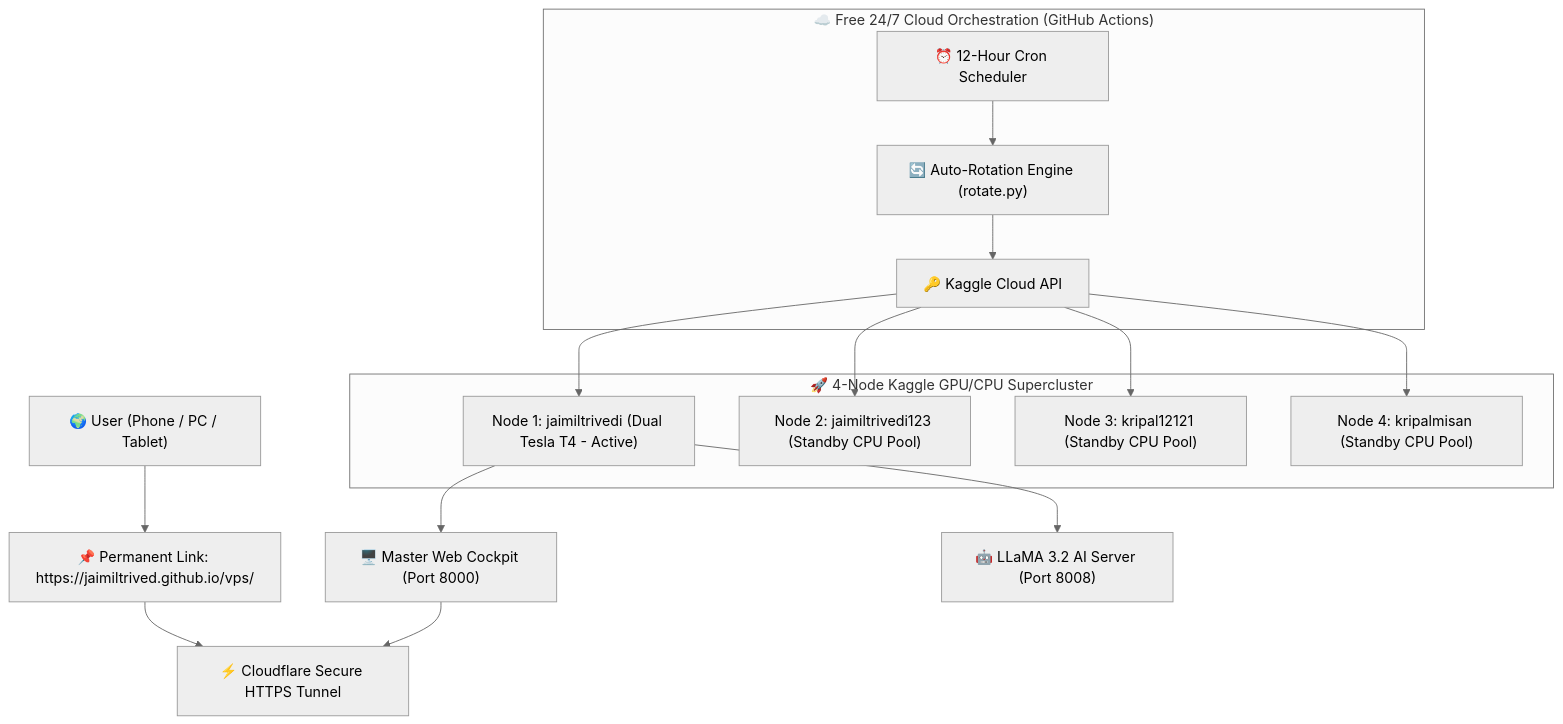
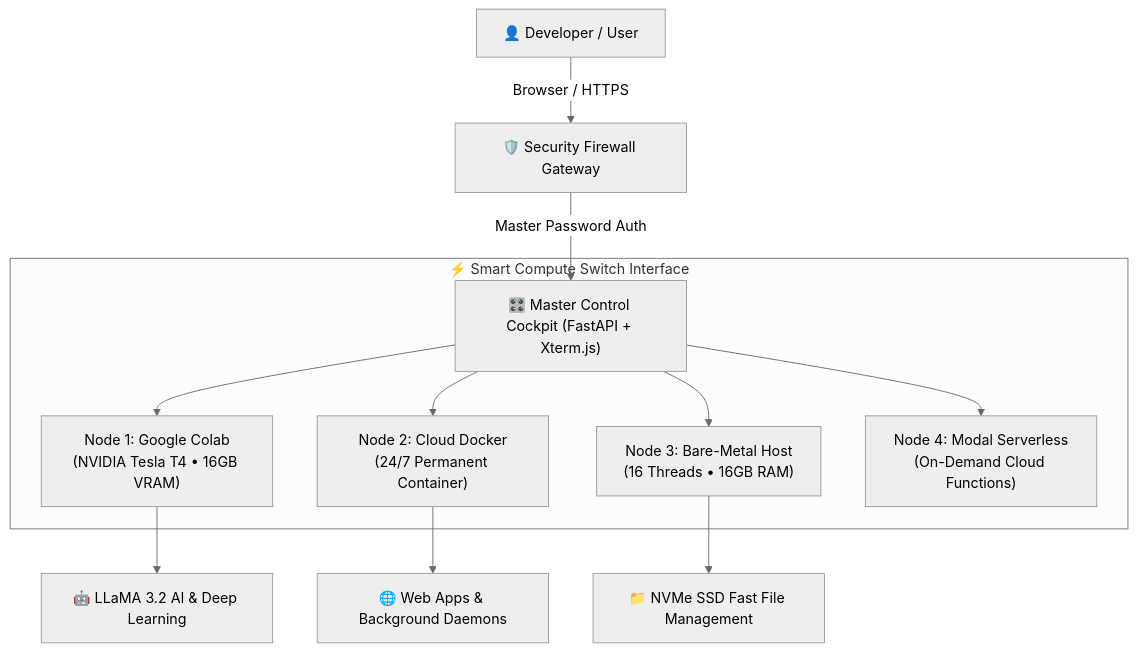
Before and after one commit to jaimiltrived/vps: the diagram in README.md, drawn with Mermaid (neutral theme). The commit also changed other lines of this file and 1 other file, not shown here.

Commit message:
Showcase Tri-Cloud Hybrid VPS with Smart Switch Interface and visual UI preview

````diff
--- a/README.md
+++ b/README.md
@@ -49,21 +39,16 @@
 ```mermaid
 flowchart TD
-    User["🌍 User (Phone / PC / Tablet)"] --> Gateway["📌 Permanent Link: https://jaimiltrived.github.io/vps/"]
-    Gateway --> Tunnel["⚡ Cloudflare Secure HTTPS Tunnel"]
+    User["👤 Developer / User"] -->|Browser / HTTPS| Gate["🛡️ Security Firewall Gateway"]
+    Gate -->|Master Password Auth| Cockpit["🎛️ Master Control Cockpit (FastAPI + Xterm.js)"]
     
-    subgraph Cloud["☁️ Free 24/7 Cloud Orchestration (GitHub Actions)"]
-        Cron["⏰ 12-Hour Cron Scheduler"] --> Rotator["🔄 Auto-Rotation Engine (rotate.py)"]
-        Rotator --> KaggleAPI["🔑 Kaggle Cloud API"]
+    subgraph SwitchEngine ["⚡ Smart Compute Switch Interface"]
+        Cockpit --> S1["Node 1: Google Colab\n(NVIDIA Tesla T4 • 16GB VRAM)"]
+        Cockpit --> S2["Node 2: Cloud Docker\n(24/7 Permanent Container)"]
+        Cockpit --> S3["Node 3: Bare-Metal Host\n(16 Threads • 16GB RAM)"]
+        Cockpit --> S4["Node 4: Modal Serverless\n(On-Demand Cloud Functions)"]
     end
-    
-    subgraph Cluster["🚀 4-Node Kaggle GPU/CPU Supercluster"]
-        KaggleAPI --> Node1["Node 1: jaimiltrivedi (Dual Tesla T4 - Active)"]
-        KaggleAPI --> Node2["Node 2: jaimiltrivedi123 (Standby CPU Pool)"]
-        KaggleAPI --> Node3["Node 3: kripal12121 (Standby CPU Pool)"]
-        KaggleAPI --> Node4["Node 4: kripalmisan (Standby CPU Pool)"]
-    end
-    
-    Node1 --> Cockpit["🖥️ Master Web Cockpit (Port 8000)"]
-    Node1 --> AI["🤖 LLaMA 3.2 AI Server (Port 8008)"]
-    Cockpit --> Tunnel
+
+    S1 --> AI["🤖 LLaMA 3.2 AI & Deep Learning"]
+    S2 --> Web["🌐 Web Apps & Background Daemons"]
+    S3 --> Storage["📁 NVMe SSD Fast File Management"]
 ```
````
